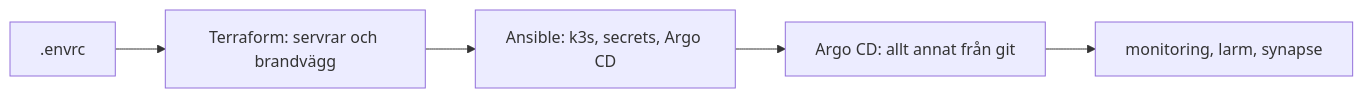
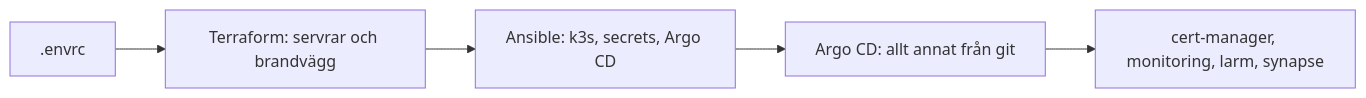
The diagram in docs/steg-for-steg.md (AntonSatt/chas-devops-slutprojekt), drawn with Mermaid before and after one commit. The commit also changed other lines of this file, not shown here.

````diff
--- a/docs/steg-for-steg.md
+++ b/docs/steg-for-steg.md
@@ -36,7 +36,7 @@
 ```mermaid
 flowchart LR
   E[".envrc"] --> T["Terraform: servrar och brandvägg"]
   T --> A["Ansible: k3s, secrets, Argo CD"]
   A --> R["Argo CD: allt annat från git"]
-  R --> X["monitoring, larm, synapse"]
+  R --> X["cert-manager, monitoring, larm, synapse"]
 ```
````
